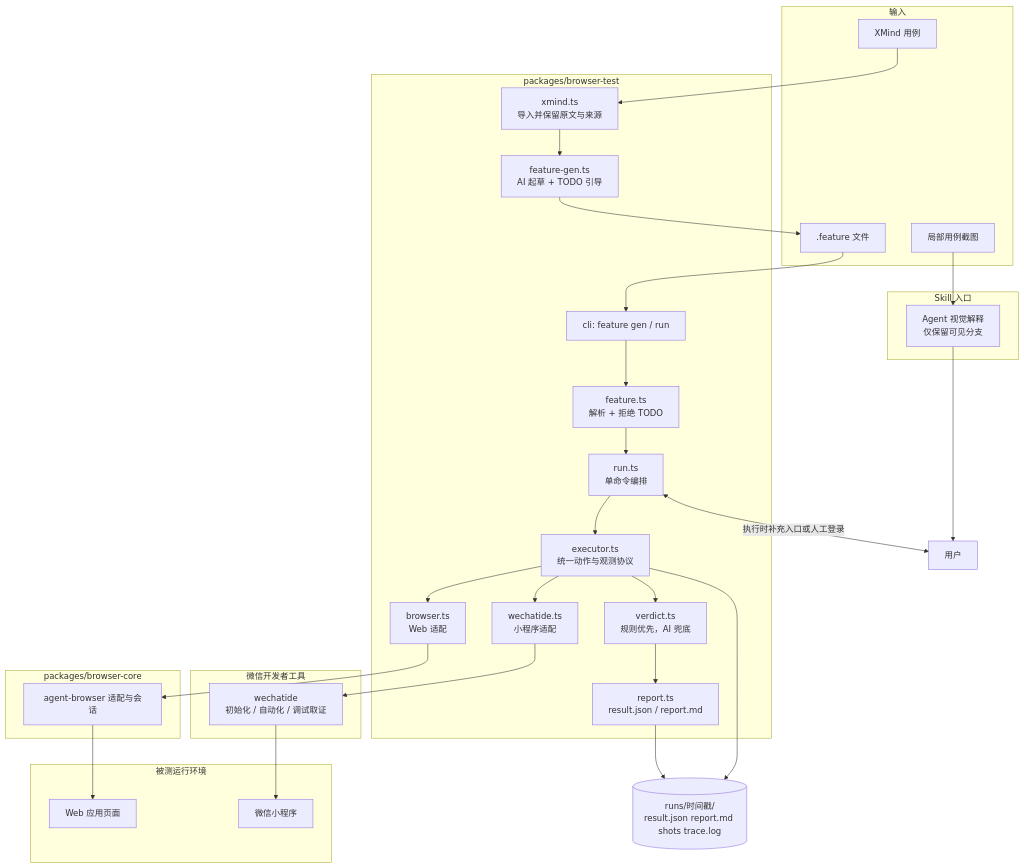
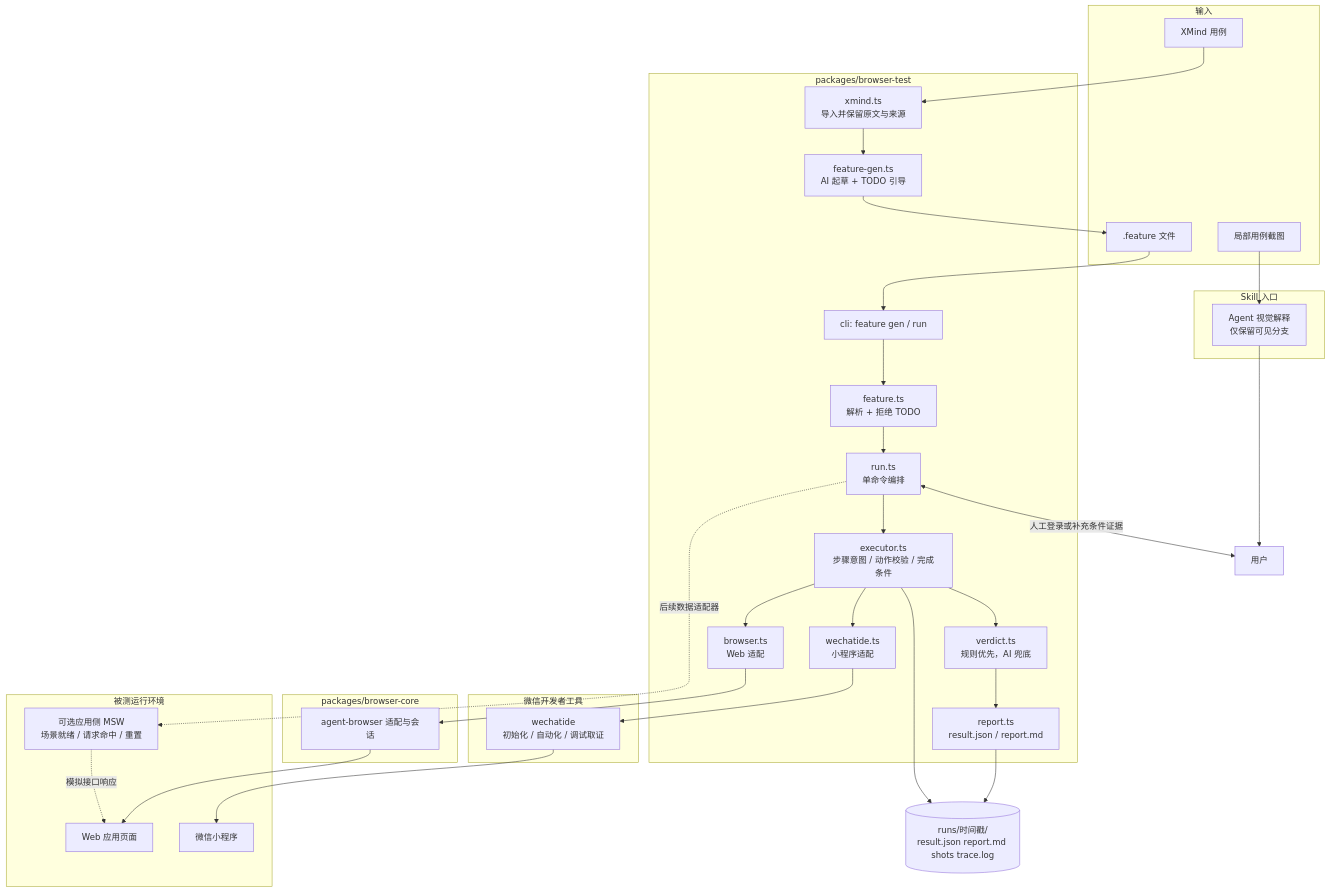
The first of 4 diagrams in docs/browser-test-technical-plan.md (Mone-Lee/browser-automated), drawn with Mermaid before and after one commit. The commit also changed other lines of this file and 6 other files, not shown here.

````diff
--- a/docs/browser-test-technical-plan.md
+++ b/docs/browser-test-technical-plan.md
@@ -42,51 +42,54 @@
 ```mermaid
 flowchart TB
     subgraph Input[输入]
         XM[XMind 用例]
         IM[局部用例截图]
         FE[.feature 文件]
     end
 
     subgraph Skill[Skill 入口]
         VI[Agent 视觉解释<br/>仅保留可见分支]
     end
 
     subgraph BT[packages/browser-test]
         CLI[cli: feature gen / run]
         XI[xmind.ts<br/>导入并保留原文与来源]
         FG[feature-gen.ts<br/>AI 起草 + TODO 引导]
         FP[feature.ts<br/>解析 + 拒绝 TODO]
         RUN[run.ts<br/>单命令编排]
-        EX[executor.ts<br/>统一动作与观测协议]
+        EX[executor.ts<br/>步骤意图 / 动作校验 / 完成条件]
         BR[browser.ts<br/>Web 适配]
         WX[wechatide.ts<br/>小程序适配]
         VD[verdict.ts<br/>规则优先，AI 兜底]
         RP[report.ts<br/>result.json / report.md]
     end
 
     subgraph Core[packages/browser-core]
         AB[agent-browser 适配与会话]
     end
 
     subgraph DevTools[微信开发者工具]
         WI[wechatide<br/>初始化 / 自动化 / 调试取证]
     end
 
     subgraph Biz[被测运行环境]
         APP[Web 应用页面]
         MP[微信小程序]
+        MOCK[可选应用侧 MSW<br/>场景就绪 / 请求命中 / 重置]
     end
 
     OUT[(runs/时间戳/<br/>result.json report.md shots trace.log)]
 
     XM --> XI --> FG --> FE
     IM --> VI --> U
     FE --> CLI
     CLI --> FP --> RUN
-    RUN <-->|执行时补充入口或人工登录| U[用户]
+    RUN <-->|人工登录或补充条件证据| U[用户]
     RUN --> EX
     EX --> BR --> AB --> APP
     EX --> WX --> WI --> MP
     EX --> VD --> RP --> OUT
     EX --> OUT
+    RUN -. 后续数据适配器 .-> MOCK
+    MOCK -. 模拟接口响应 .-> APP
 ```
````
